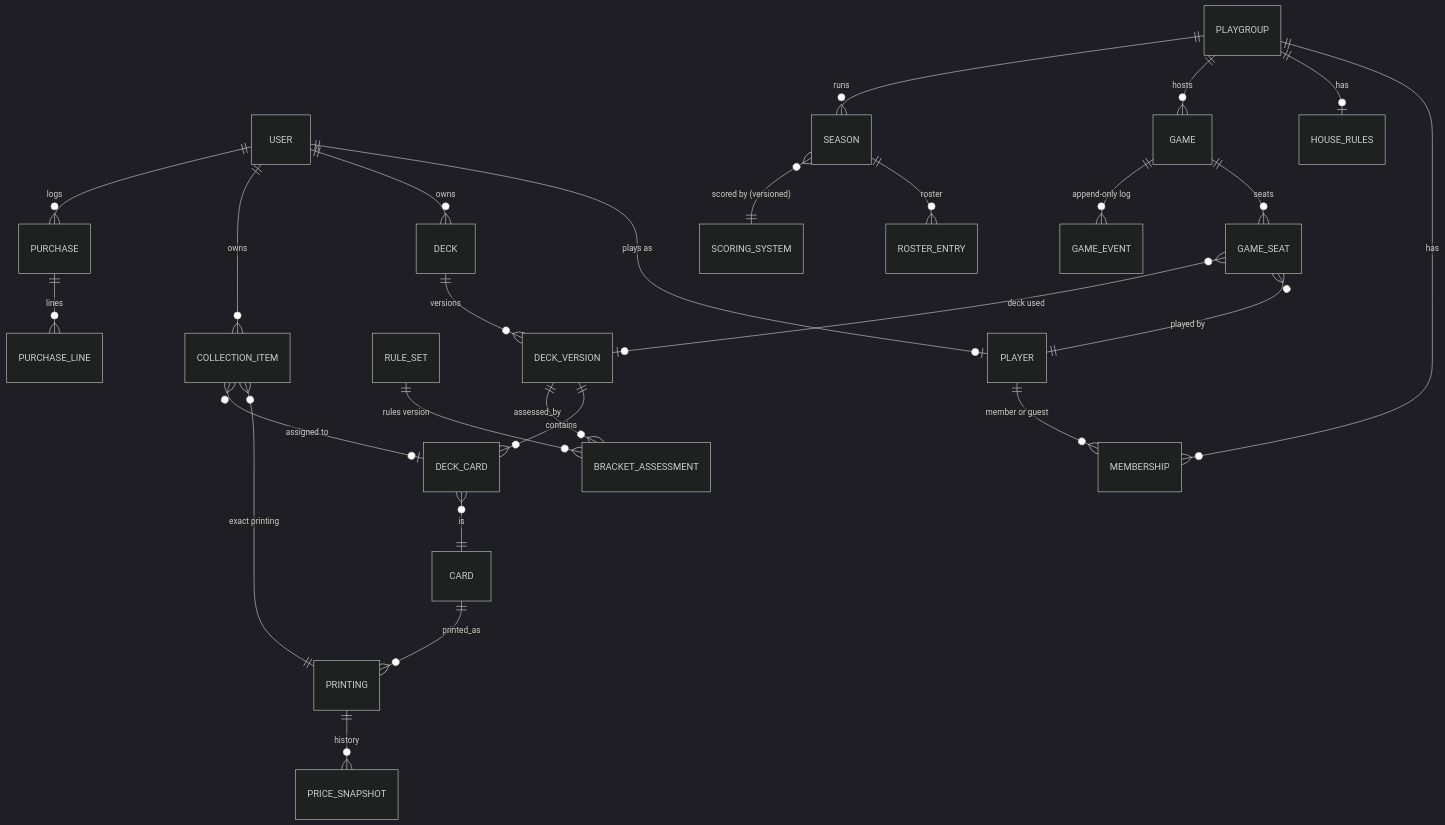
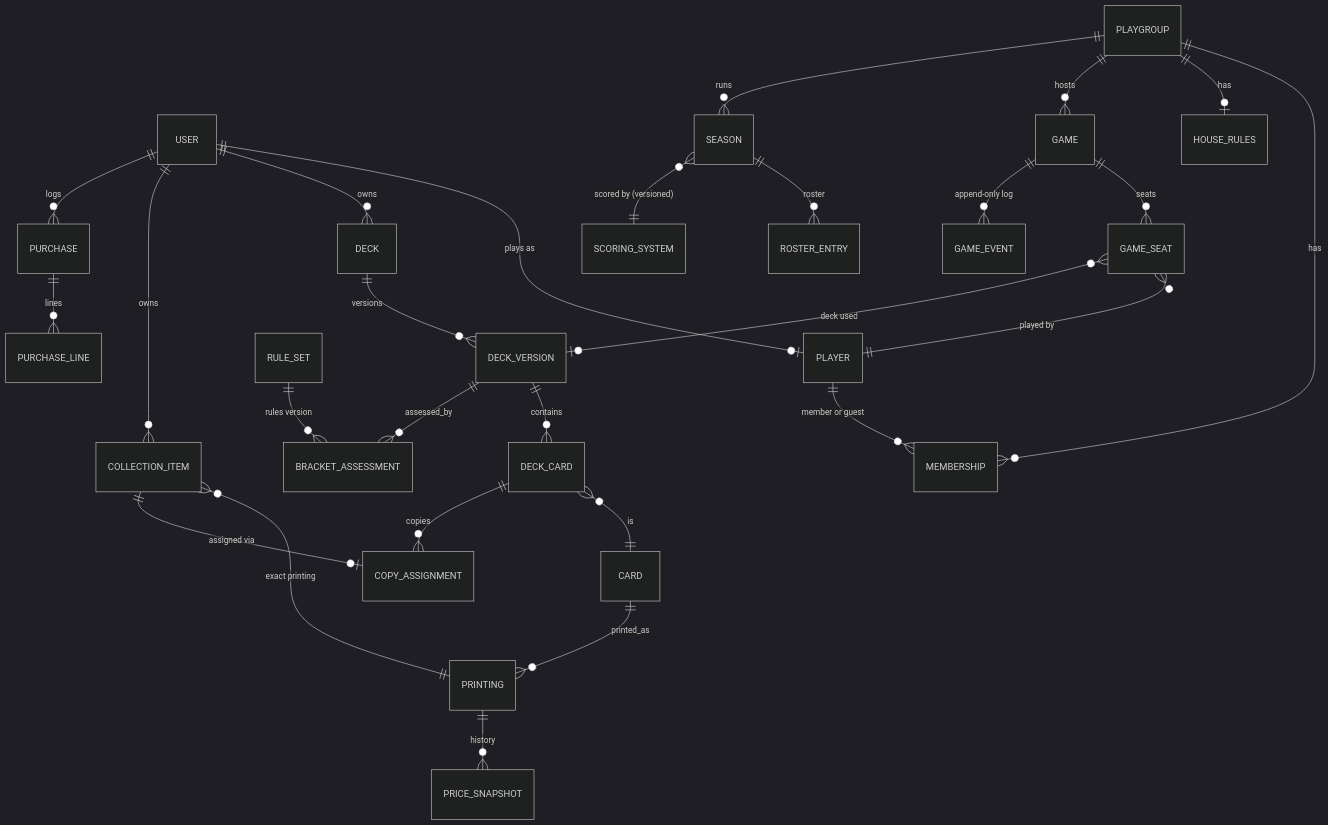
The fifth of 5 diagrams in docs/architecture.md (Rocket-Racoon/mtg-stats), drawn with Mermaid (dark theme) before and after one commit. The commit also changed other lines of this file and 6 other files, not shown here.

First line of the commit message:
docs: address PR #448 re-review (domain graph completeness)

````diff
--- a/docs/architecture.md
+++ b/docs/architecture.md
@@ -266,28 +304,29 @@
 ```mermaid
 erDiagram
   USER ||--o| PLAYER : "plays as"
   PLAYER ||--o{ MEMBERSHIP : "member or guest"
   PLAYGROUP ||--o{ MEMBERSHIP : has
   PLAYGROUP ||--o| HOUSE_RULES : has
   USER ||--o{ DECK : owns
   DECK ||--o{ DECK_VERSION : versions
   DECK_VERSION ||--o{ DECK_CARD : contains
   CARD ||--o{ PRINTING : printed_as
   DECK_CARD }o--|| CARD : "is"
   DECK_VERSION ||--o{ BRACKET_ASSESSMENT : assessed_by
   RULE_SET ||--o{ BRACKET_ASSESSMENT : "rules version"
   PLAYGROUP ||--o{ GAME : hosts
   GAME ||--o{ GAME_SEAT : seats
   GAME ||--o{ GAME_EVENT : "append-only log"
   GAME_SEAT }o--|| PLAYER : "played by"
   GAME_SEAT }o--o| DECK_VERSION : "deck used"
   USER ||--o{ COLLECTION_ITEM : owns
   COLLECTION_ITEM }o--|| PRINTING : "exact printing"
-  COLLECTION_ITEM }o--o| DECK_CARD : "assigned to"
+  COLLECTION_ITEM ||--o| COPY_ASSIGNMENT : "assigned via"
+  DECK_CARD ||--o{ COPY_ASSIGNMENT : "copies"
   USER ||--o{ PURCHASE : logs
   PURCHASE ||--o{ PURCHASE_LINE : lines
   PRINTING ||--o{ PRICE_SNAPSHOT : history
   PLAYGROUP ||--o{ SEASON : runs
   SEASON ||--o{ ROSTER_ENTRY : roster
   SEASON }o--|| SCORING_SYSTEM : "scored by (versioned)"
 ```
````
